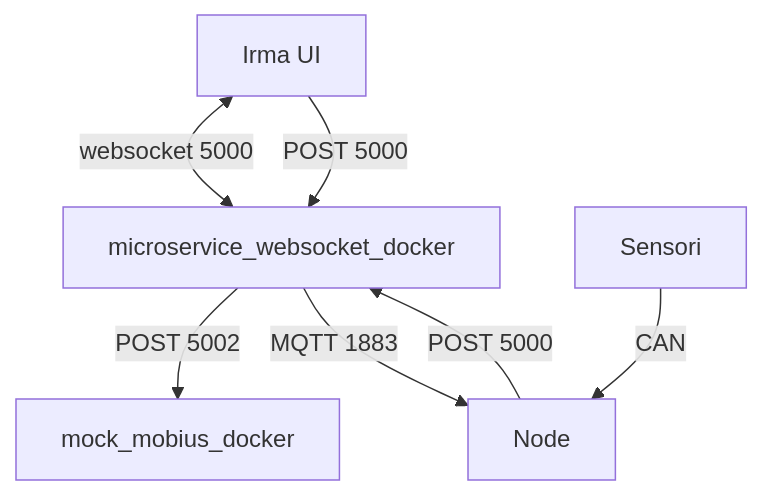
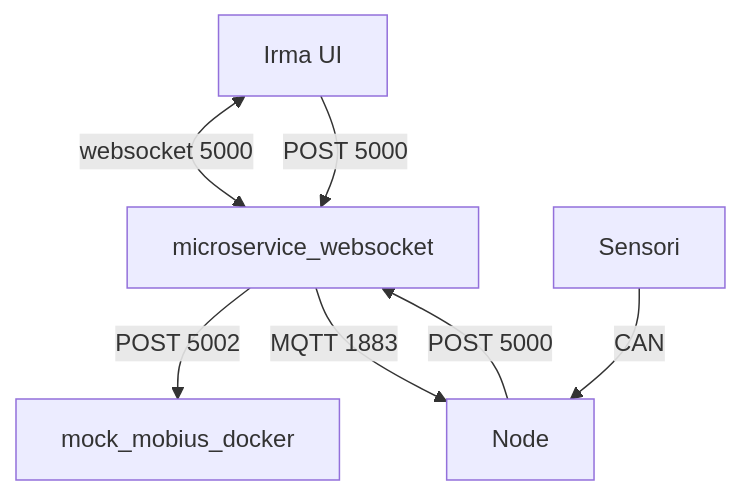
Before and after one commit to monemasrl/irma: the second of 6 diagrams in README.md, drawn with Mermaid. The commit also changed other lines of this file and 46 other files, not shown here.

Commit message:
Rename microservice_websocket_docker/ in microservice_websocket/

````diff
--- a/README.md
+++ b/README.md
@@ -46,17 +46,17 @@
 ```mermaid
 graph TD;
 
-msw[microservice_websocket_docker]
+msw[microservice_websocket]
 mm[mock_mobius_docker]
 irma-ui[Irma UI]
 
 nodo[Node]
 sensori[Sensori]
 
 nodo -- POST  5000 --> msw
 msw -- POST 5002 --> mm
 irma-ui <-- websocket 5000 --> msw
 irma-ui -- POST 5000 --> msw
 msw -- MQTT 1883 --> nodo
 sensori -- CAN --> nodo
 ```
````
